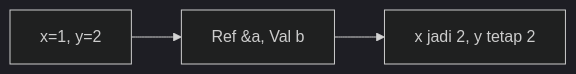
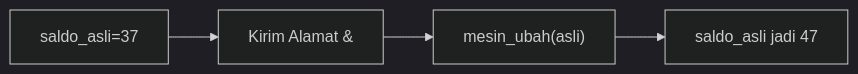
The sixth of 25 diagrams in part-c-pemahaman-cpp/04-fungsi/latihan/set-01.md (amnahwaida/OSNK_INF_PREP), drawn with Mermaid (dark theme) before and after one commit. The commit also changed other lines of this file and 71 other files, not shown here.

````diff
--- a/part-c-pemahaman-cpp/04-fungsi/latihan/set-01.md
+++ b/part-c-pemahaman-cpp/04-fungsi/latihan/set-01.md
@@ -154,5 +161,6 @@
 ```mermaid
 graph LR
-A["x=1, y=2"] --> B["Ref &a, Val b"]
-B --> C["x jadi 2, y tetap 2"]
+A["saldo_asli=37"] --> B["Kirim Alamat &"]
+B --> C["mesin_ubah(asli)"]
+C --> D["saldo_asli jadi 47"]
 ```
````
